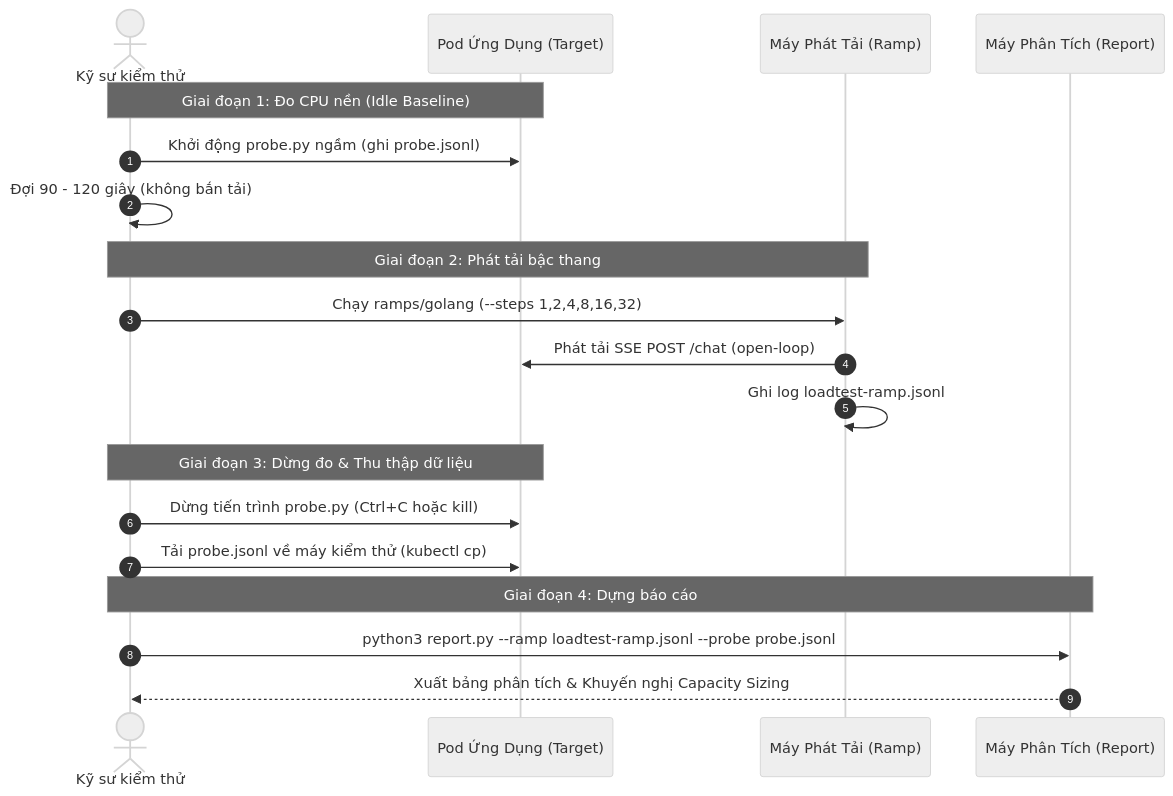
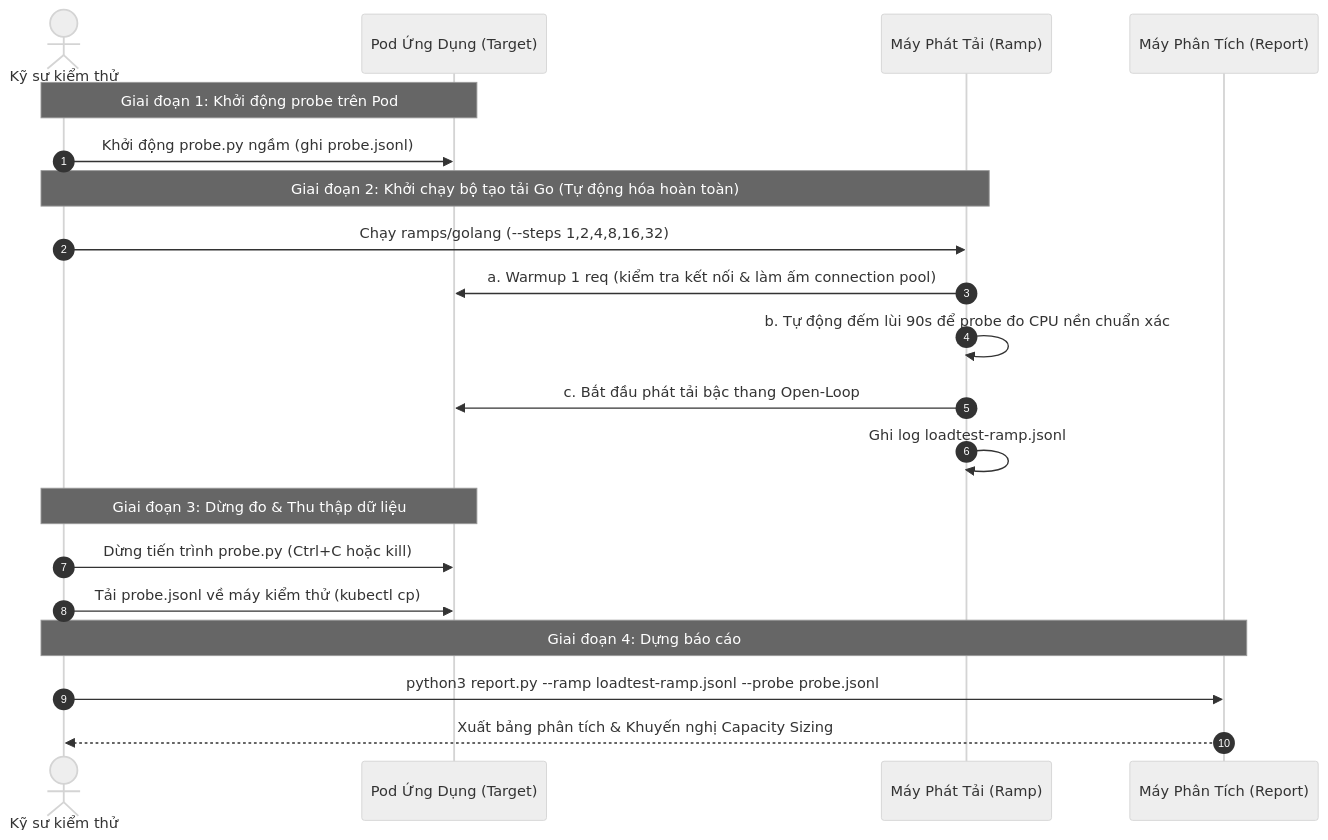
The second of 2 diagrams in README.md (duyhustvn/capsizer), drawn with Mermaid (neutral theme) before and after one commit. The commit also changed other lines of this file and 3 other files, not shown here.

````diff
--- a/README.md
+++ b/README.md
@@ -184,25 +184,26 @@
 ```mermaid
 sequenceDiagram
     autonumber
     actor Dev as Kỹ sư kiểm thử
     participant Pod as Pod Ứng Dụng (Target)
     participant Generator as Máy Phát Tải (Ramp)
     participant Analyzer as Máy Phân Tích (Report)
 
-    Note over Dev,Pod: Giai đoạn 1: Đo CPU nền (Idle Baseline)
+    Note over Dev,Pod: Giai đoạn 1: Khởi động probe trên Pod
     Dev->>Pod: Khởi động probe.py ngầm (ghi probe.jsonl)
-    Dev->>Dev: Đợi 90 - 120 giây (không bắn tải)
     
-    Note over Dev,Generator: Giai đoạn 2: Phát tải bậc thang
+    Note over Dev,Generator: Giai đoạn 2: Khởi chạy bộ tạo tải Go (Tự động hóa hoàn toàn)
     Dev->>Generator: Chạy ramps/golang (--steps 1,2,4,8,16,32)
-    Generator->>Pod: Phát tải SSE POST /chat (open-loop)
+    Generator->>Pod: a. Warmup 1 req (kiểm tra kết nối & làm ấm connection pool)
+    Generator->>Generator: b. Tự động đếm lùi 90s để probe đo CPU nền chuẩn xác
+    Generator->>Pod: c. Bắt đầu phát tải bậc thang Open-Loop
     Generator->>Generator: Ghi log loadtest-ramp.jsonl
     
     Note over Dev,Pod: Giai đoạn 3: Dừng đo & Thu thập dữ liệu
     Dev->>Pod: Dừng tiến trình probe.py (Ctrl+C hoặc kill)
     Dev->>Pod: Tải probe.jsonl về máy kiểm thử (kubectl cp)
     
     Note over Dev,Analyzer: Giai đoạn 4: Dựng báo cáo
     Dev->>Analyzer: python3 report.py --ramp loadtest-ramp.jsonl --probe probe.jsonl
     Analyzer-->>Dev: Xuất bảng phân tích & Khuyến nghị Capacity Sizing
 ```
````
